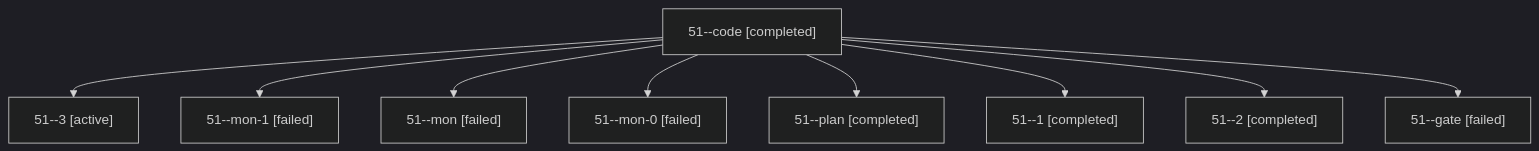
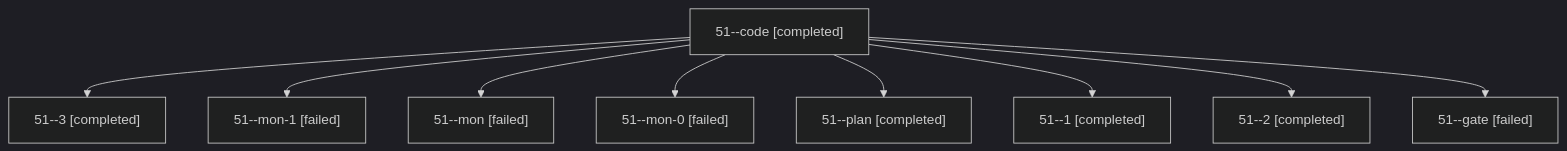
The diagram in sessions/bbugyi200.apollo.51.md (sase-org/sase--agents), drawn with Mermaid (dark theme) before and after one commit. The commit also changed other lines of this file and 21 other files, not shown here.

````diff
--- a/sessions/bbugyi200.apollo.51.md
+++ b/sessions/bbugyi200.apollo.51.md
@@ -9,20 +9,20 @@
 ```mermaid
 flowchart TD
   n0["51--code [completed]"]
-  n1["51--3 [active]"]
+  n1["51--3 [completed]"]
   n0 --> n1
   n2["51--mon-1 [failed]"]
   n0 --> n2
   n3["51--mon [failed]"]
   n0 --> n3
   n4["51--mon-0 [failed]"]
   n0 --> n4
   n5["51--plan [completed]"]
   n0 --> n5
   n6["51--1 [completed]"]
   n0 --> n6
   n7["51--2 [completed]"]
   n0 --> n7
   n8["51--gate [failed]"]
   n0 --> n8
 ```
````
